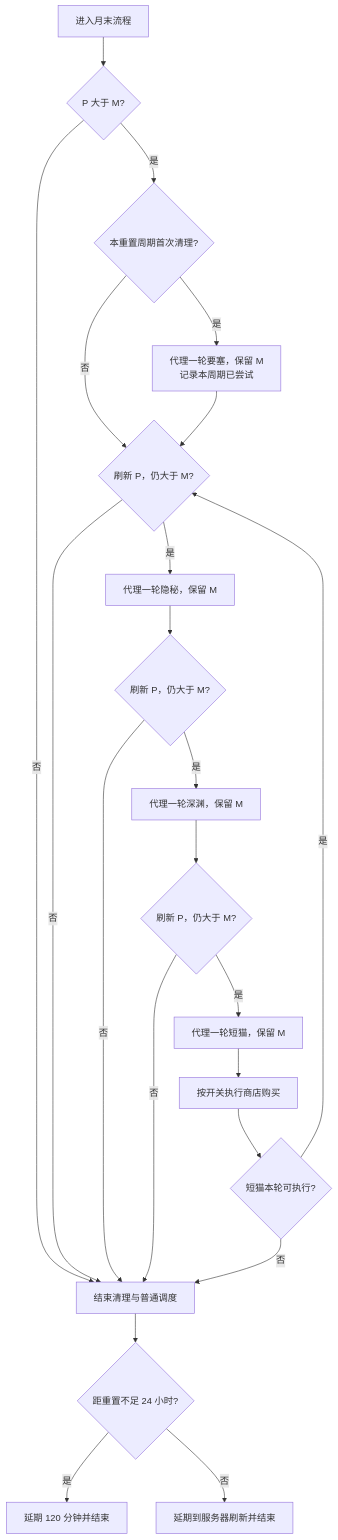
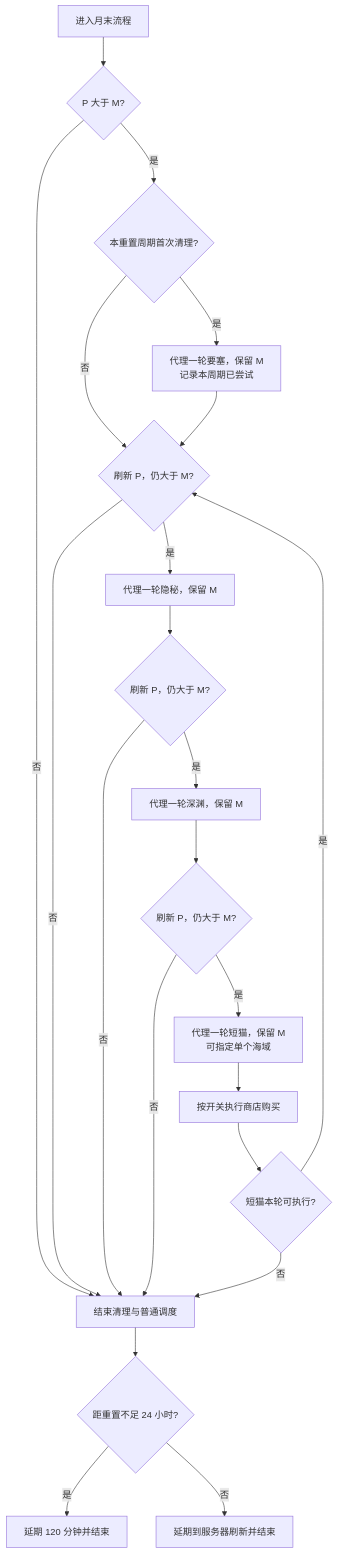
Before and after one commit to nnieie/AzurPilot: the seventh of 8 diagrams in docs/modules/os/scheduling-flowchart.md, drawn with Mermaid. The commit also changed other lines of this file and 117 other files, not shown here.

````diff
--- a/docs/modules/os/scheduling-flowchart.md
+++ b/docs/modules/os/scheduling-flowchart.md
@@ -185,24 +185,24 @@
 ```mermaid
 flowchart TD
     A[进入月末流程] --> ENOUGH{P 大于 M?}
     ENOUGH -->|否| END[结束清理与普通调度]
     ENOUGH -->|是| FIRST{本重置周期首次清理?}
     FIRST -->|是| STRONG[代理一轮要塞，保留 M<br/>记录本周期已尝试]
     FIRST -->|否| CHECK
     STRONG --> CHECK{刷新 P，仍大于 M?}
     CHECK -->|否| END
     CHECK -->|是| OBSCURE[代理一轮隐秘，保留 M]
     OBSCURE --> C1{刷新 P，仍大于 M?}
     C1 -->|否| END
     C1 -->|是| ABYSSAL[代理一轮深渊，保留 M]
     ABYSSAL --> C2{刷新 P，仍大于 M?}
     C2 -->|否| END
-    C2 -->|是| MEOW[代理一轮短猫，保留 M]
+    C2 -->|是| MEOW[代理一轮短猫，保留 M<br/>可指定单个海域]
     MEOW --> SHOP[按开关执行商店购买]
     SHOP --> SUCCESS{短猫本轮可执行?}
     SUCCESS -->|是| CHECK
     SUCCESS -->|否| END
     END --> LAST{距重置不足 24 小时?}
     LAST -->|是| HOURS[延期 120 分钟并结束]
     LAST -->|否| DAILY[延期到服务器刷新并结束]
 ```
````
